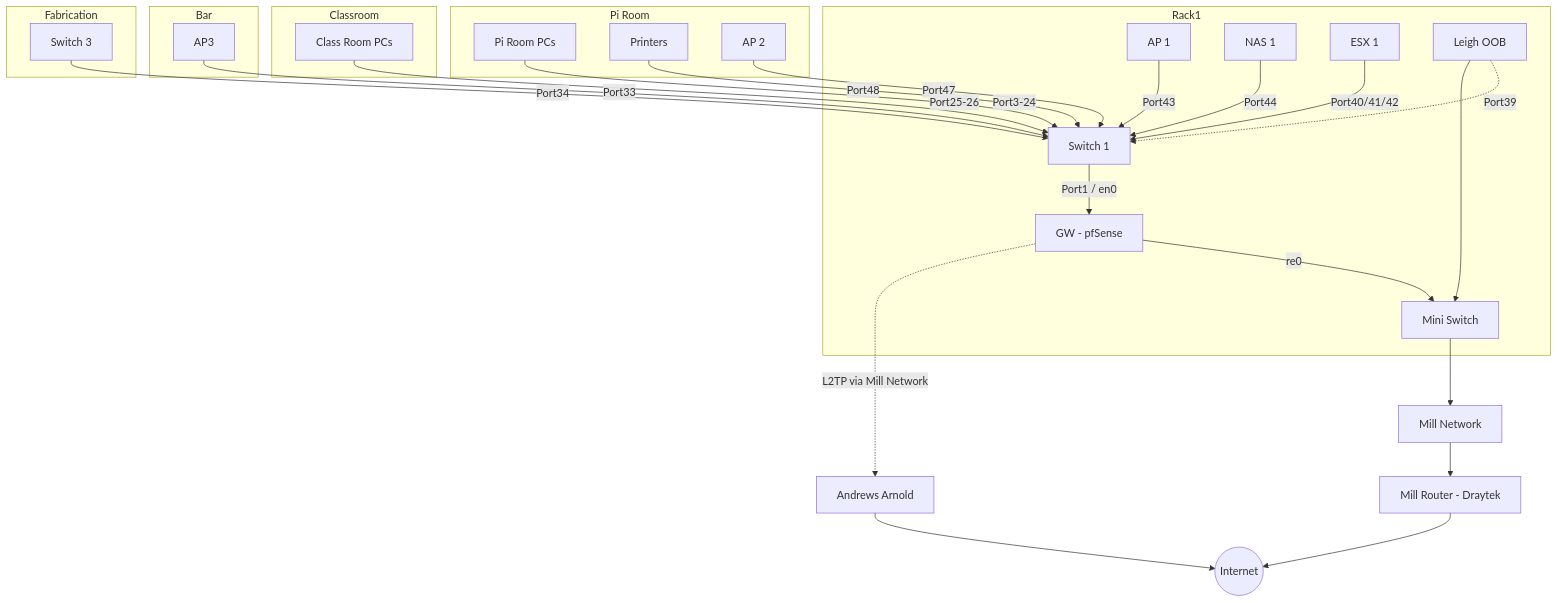
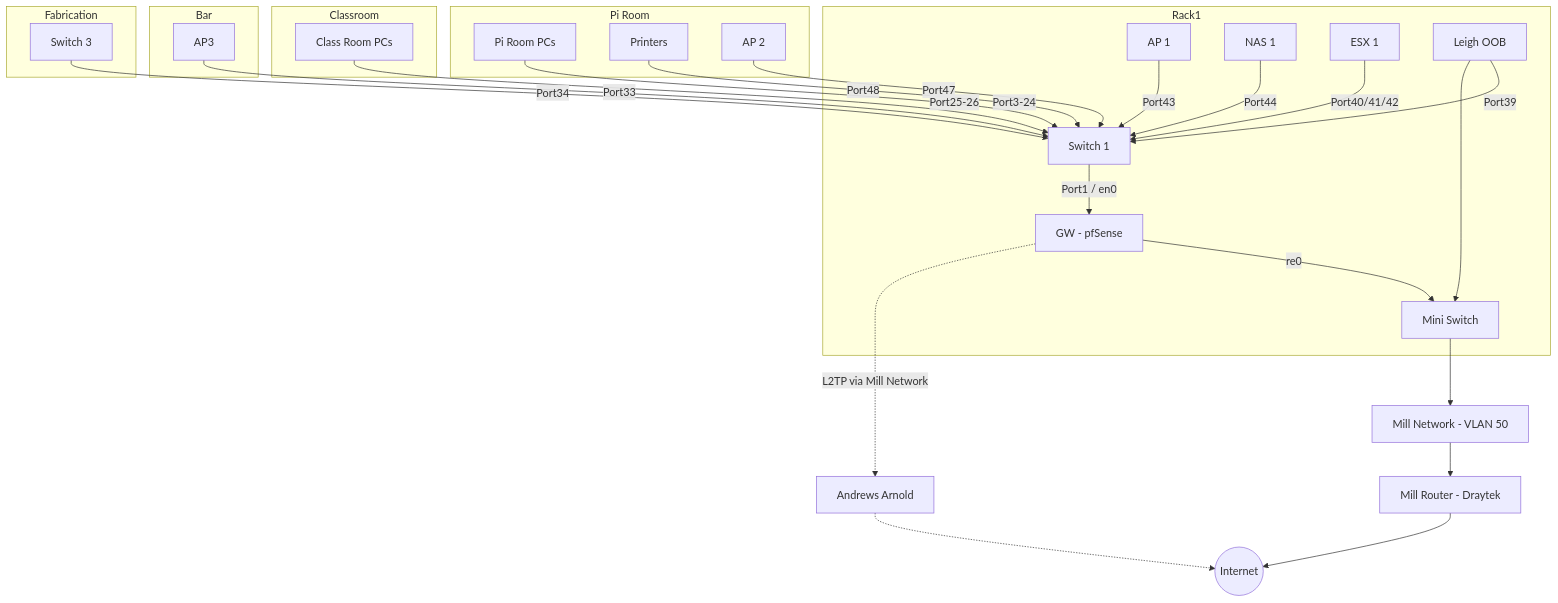
One commit to leigh-hackspace/HackspaceWiki changed the first of 2 diagrams in docs/infrastructure/network_layout.md. Above: the diagram before and after it, drawn with Mermaid. The commit also changed other lines of this file and 5 other files, not shown here.

````diff
--- a/docs/infrastructure/network_layout.md
+++ b/docs/infrastructure/network_layout.md
@@ -7,37 +7,37 @@
 ```mermaid
 graph 
     subgraph Rack1
     GW[GW - pfSense] 
     AP[AP 1] -->|Port43| SWITCH1
     SWITCH1[Switch 1] -->|Port1 / en0| GW
     NAS1[NAS 1] --> |Port44| SWITCH1
     ESX1[ESX 1] --> |Port40/41/42| SWITCH1
-    LEIGHOOB[Leigh OOB] -.-> |Port39| SWITCH1
+    LEIGHOOB[Leigh OOB] --> |Port39| SWITCH1
     MINISWITCH[Mini Switch]
     end
 
     LEIGHOOB --> MINISWITCH
     GW -->|re0| MINISWITCH
     MINISWITCH --> MILL
     GW -. L2TP via Mill Network .-> AAISP
-    MILL[Mill Network] --> MILLROUTER[Mill Router - Draytek] --> INTERNET((Internet))
-    AAISP[Andrews Arnold] --> INTERNET
+    MILL[Mill Network - VLAN 50] --> MILLROUTER[Mill Router - Draytek] --> INTERNET((Internet))
+    AAISP[Andrews Arnold] -.-> INTERNET
     
     subgraph Pi Room
     PIROOMPC[Pi Room PCs] -->|Port3-24| SWITCH1
     PRINTERS[Printers] -->|Port48| SWITCH1
     PIROOMAP[AP 2] --> |Port47| SWITCH1
     end
 
     subgraph Classroom
     CLASSROOMPC[Class Room PCs] -->|Port25-26| SWITCH1
     end
     
     subgraph Bar
     AP3[AP3] -->|Port33| SWITCH1
     end
     
     subgraph Fabrication
     SWITCH3[Switch 3] -->|Port34| SWITCH1
     end
 ```
````
